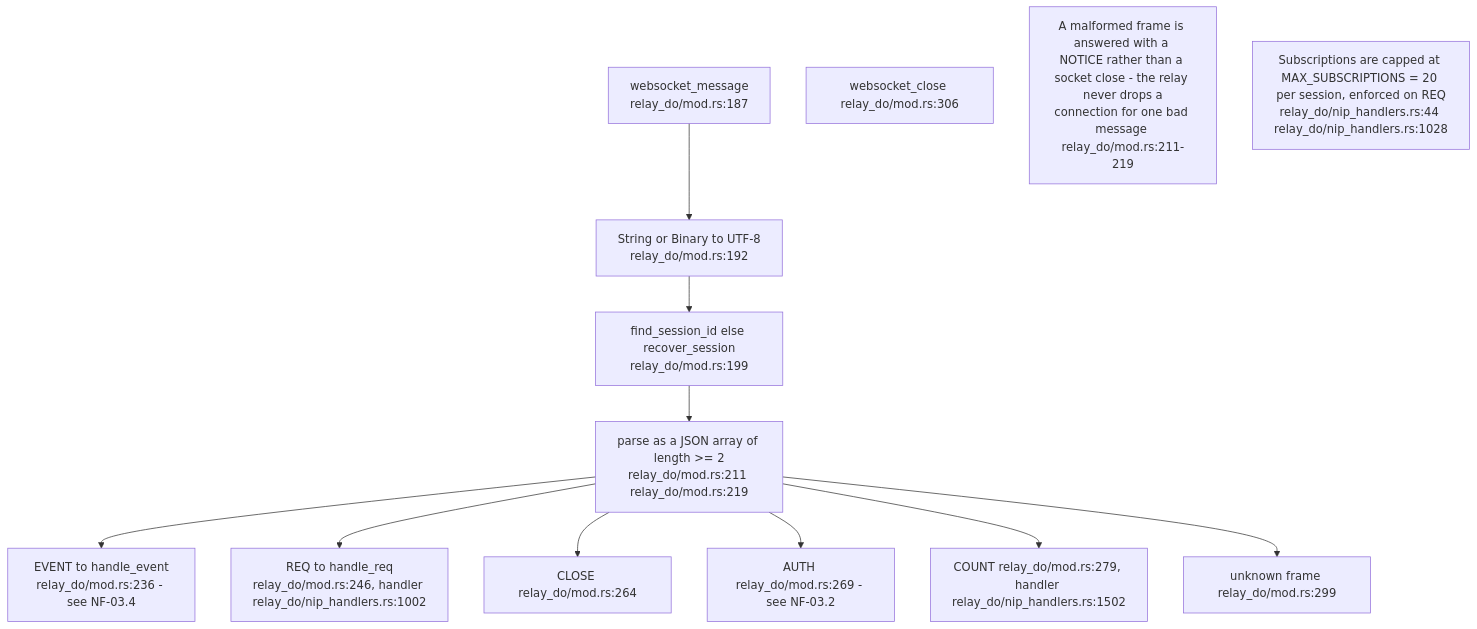
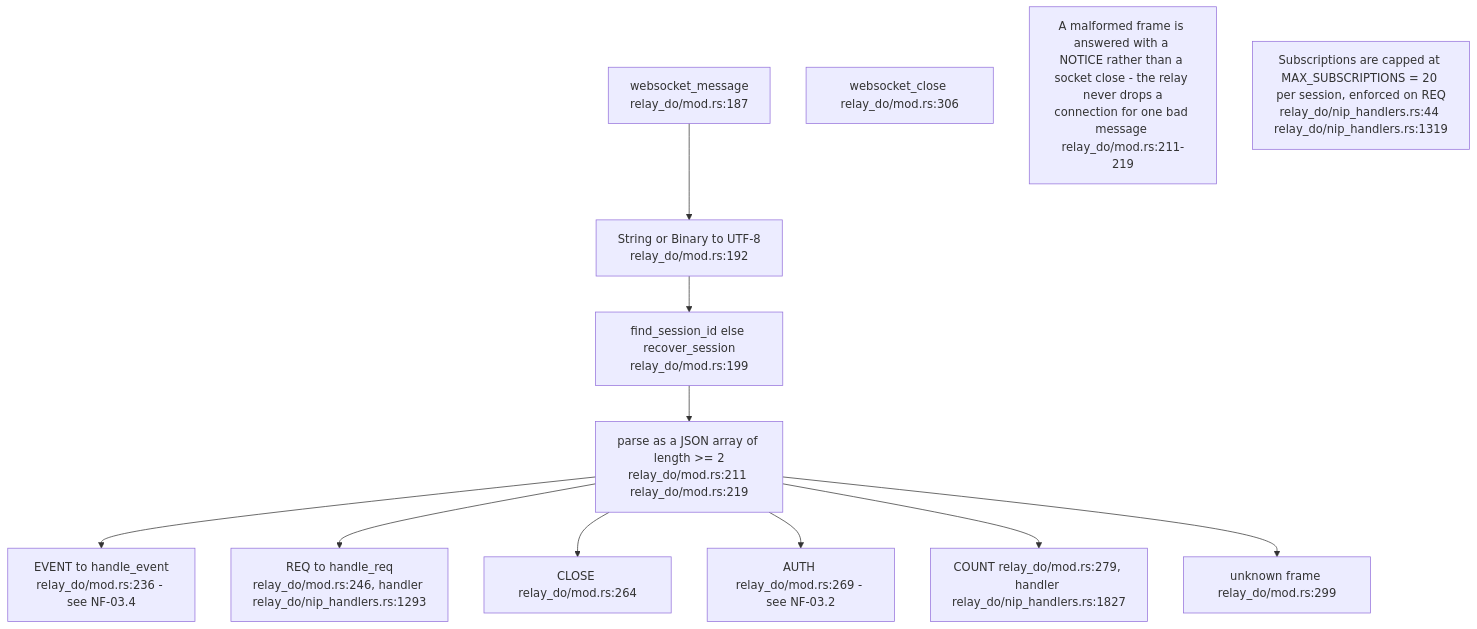
The third of 15 diagrams in docs/diagrams/nostr-rust-forum/11-relay-durable-object-internals.md (DreamLab-AI/VisionFlow), drawn with Mermaid before and after one commit. The commit also changed other lines of this file and 11 other files, not shown here.

````diff
--- a/docs/diagrams/nostr-rust-forum/11-relay-durable-object-internals.md
+++ b/docs/diagrams/nostr-rust-forum/11-relay-durable-object-internals.md
@@ -93,20 +94,20 @@
 ```mermaid
 flowchart TB
     WM["websocket_message<br/>relay_do/mod.rs:187"]
     STR["String or Binary to UTF-8<br/>relay_do/mod.rs:192"]
     SESS["find_session_id else recover_session<br/>relay_do/mod.rs:199"]
     JSON["parse as a JSON array of length >= 2<br/>relay_do/mod.rs:211 relay_do/mod.rs:219"]
     EV["EVENT to handle_event<br/>relay_do/mod.rs:236 - see NF-03.4"]
-    RQ["REQ to handle_req<br/>relay_do/mod.rs:246, handler relay_do/nip_handlers.rs:1002"]
+    RQ["REQ to handle_req<br/>relay_do/mod.rs:246, handler relay_do/nip_handlers.rs:1293"]
     CL["CLOSE relay_do/mod.rs:264"]
     AU["AUTH relay_do/mod.rs:269 - see NF-03.2"]
-    CO["COUNT relay_do/mod.rs:279, handler relay_do/nip_handlers.rs:1502"]
+    CO["COUNT relay_do/mod.rs:279, handler relay_do/nip_handlers.rs:1827"]
     UN["unknown frame relay_do/mod.rs:299"]
     WC["websocket_close relay_do/mod.rs:306"]
 
     WM --> STR --> SESS --> JSON
     JSON --> EV & RQ & CL & AU & CO & UN
 
     N1["A malformed frame is answered with a NOTICE rather than a socket close - the relay never drops a<br/>connection for one bad message relay_do/mod.rs:211-219"]
-    N2["Subscriptions are capped at MAX_SUBSCRIPTIONS = 20 per session, enforced on REQ<br/>relay_do/nip_handlers.rs:44 relay_do/nip_handlers.rs:1028"]
+    N2["Subscriptions are capped at MAX_SUBSCRIPTIONS = 20 per session, enforced on REQ<br/>relay_do/nip_handlers.rs:44 relay_do/nip_handlers.rs:1319"]
 ```
````
